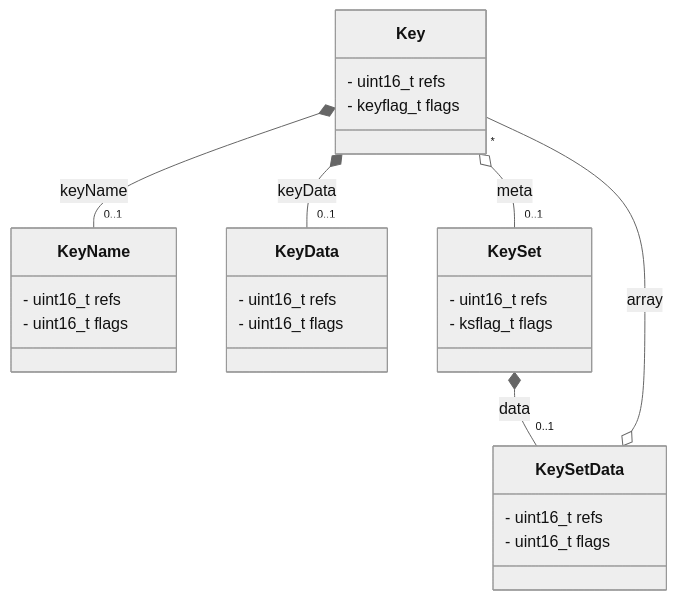
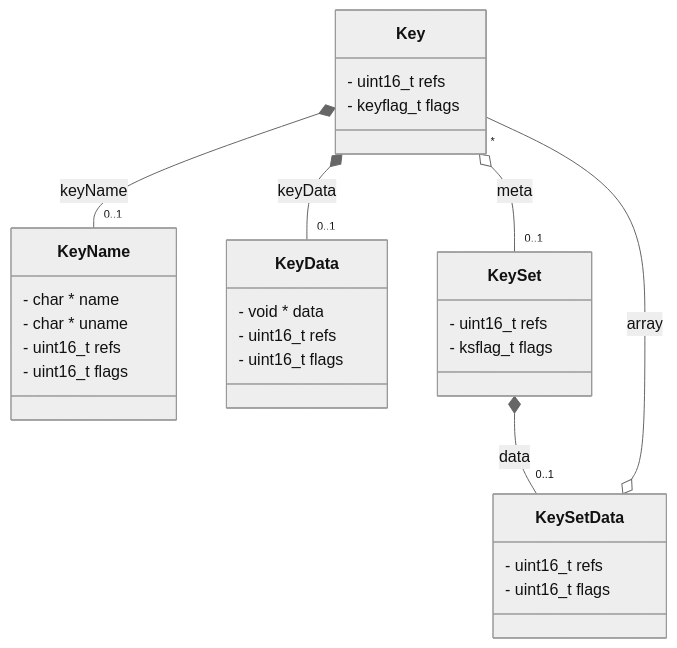
Before and after one commit to ElektraInitiative/libelektra: the diagram in doc/contrib/copy_on_write.md, drawn with Mermaid (neutral theme).

Commit message:
doc: add data fields to diagram

````diff
--- a/doc/contrib/copy_on_write.md
+++ b/doc/contrib/copy_on_write.md
@@ -19,25 +19,28 @@
 ```mermaid
 classDiagram
     Key *-- "0..1" KeyName : keyName
     Key *-- "0..1" KeyData : keyData
 
     KeySet *-- "0..1" KeySetData : data
 
     Key o-- "0..1" KeySet : meta
     KeySetData o-- "*" Key : array
 
     Key : - uint16_t refs
     Key : - keyflag_t flags
 
+    KeyName : - char * name
+    KeyName : - char * uname
     KeyName : - uint16_t refs
     KeyName : - uint16_t flags
 
+    KeyData : - void * data
     KeyData : - uint16_t refs
     KeyData : - uint16_t flags
 
     KeySet : - uint16_t refs
     KeySet : - ksflag_t flags
 
     KeySetData : - uint16_t refs
     KeySetData : - uint16_t flags
 ```
````
